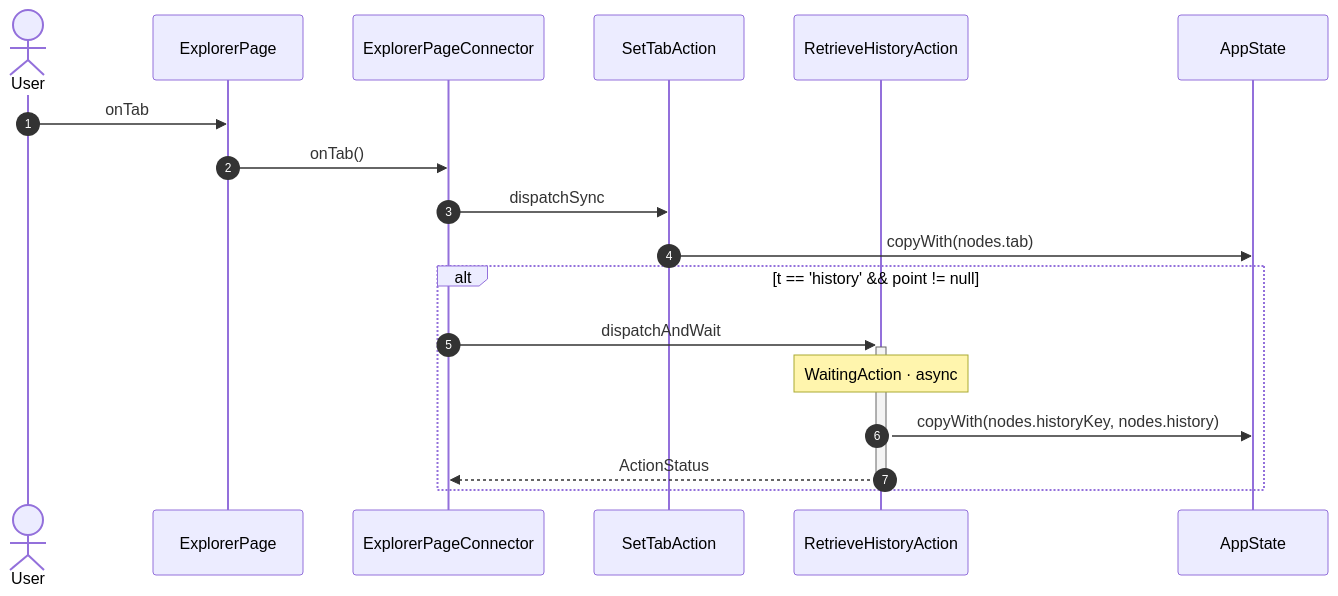
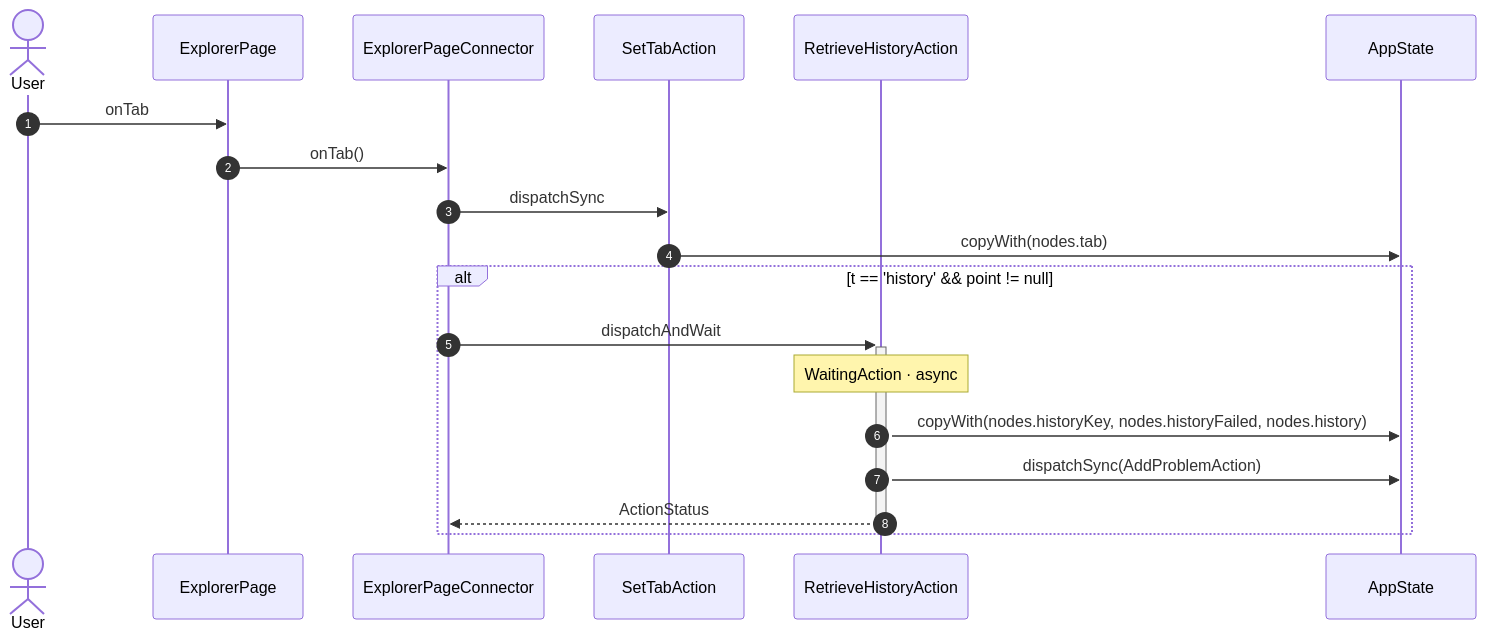
Before and after one commit to gencto/wyrm: diagram 16 of 28 in studio/docs/flows/explorer.md, drawn with Mermaid. The commit also changed other lines of this file and 192 other files, not shown here.

````diff
--- a/studio/docs/flows/explorer.md
+++ b/studio/docs/flows/explorer.md
@@ -289,21 +286,22 @@
 ```mermaid
 sequenceDiagram
     autonumber
     actor User
     participant UI as ExplorerPage
     participant VM as ExplorerPageConnector
     participant A1 as SetTabAction
     participant A2 as RetrieveHistoryAction
     participant ST as AppState
 
     User->>UI: onTab
     UI->>VM: onTab()
     VM->>A1: dispatchSync
     A1->>ST: copyWith(nodes.tab)
     alt t == 'history' && point != null
         VM->>+A2: dispatchAndWait
         Note over A2: WaitingAction · async
-        A2->>ST: copyWith(nodes.historyKey, nodes.history)
+        A2->>ST: copyWith(nodes.historyKey, nodes.historyFailed, nodes.history)
+        A2->>ST: dispatchSync(AddProblemAction)
         A2-->>-VM: ActionStatus
     end
 ```
````
